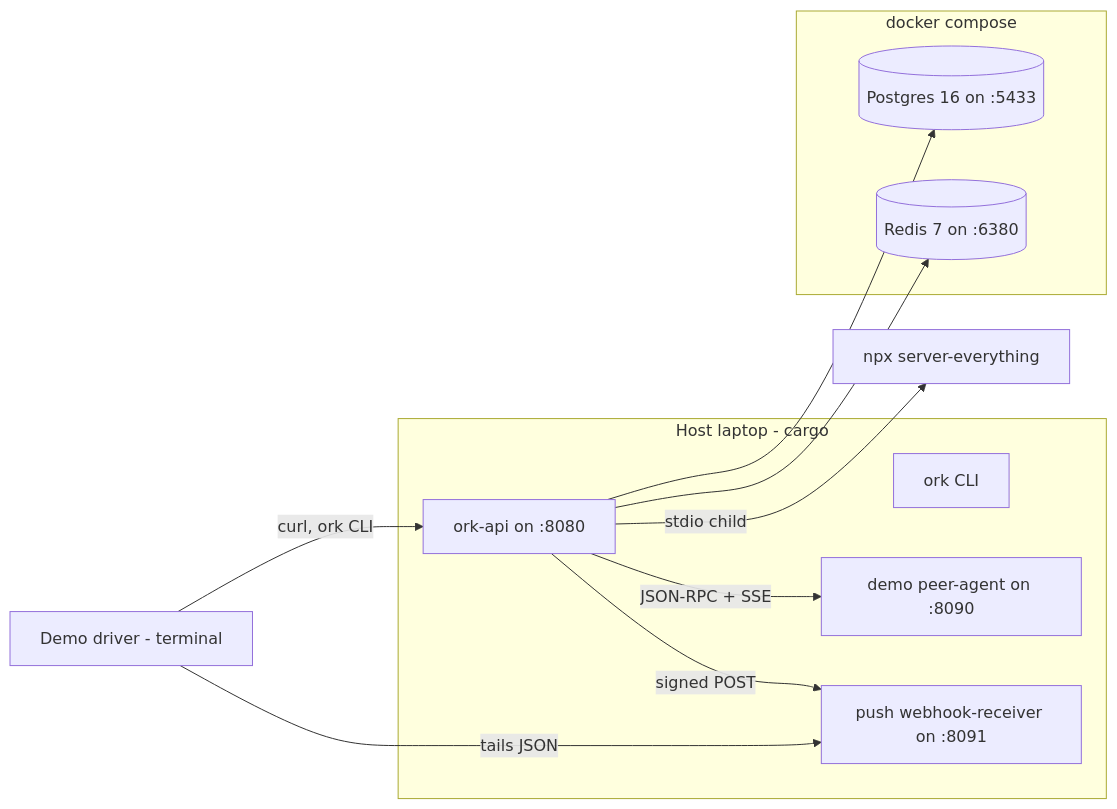
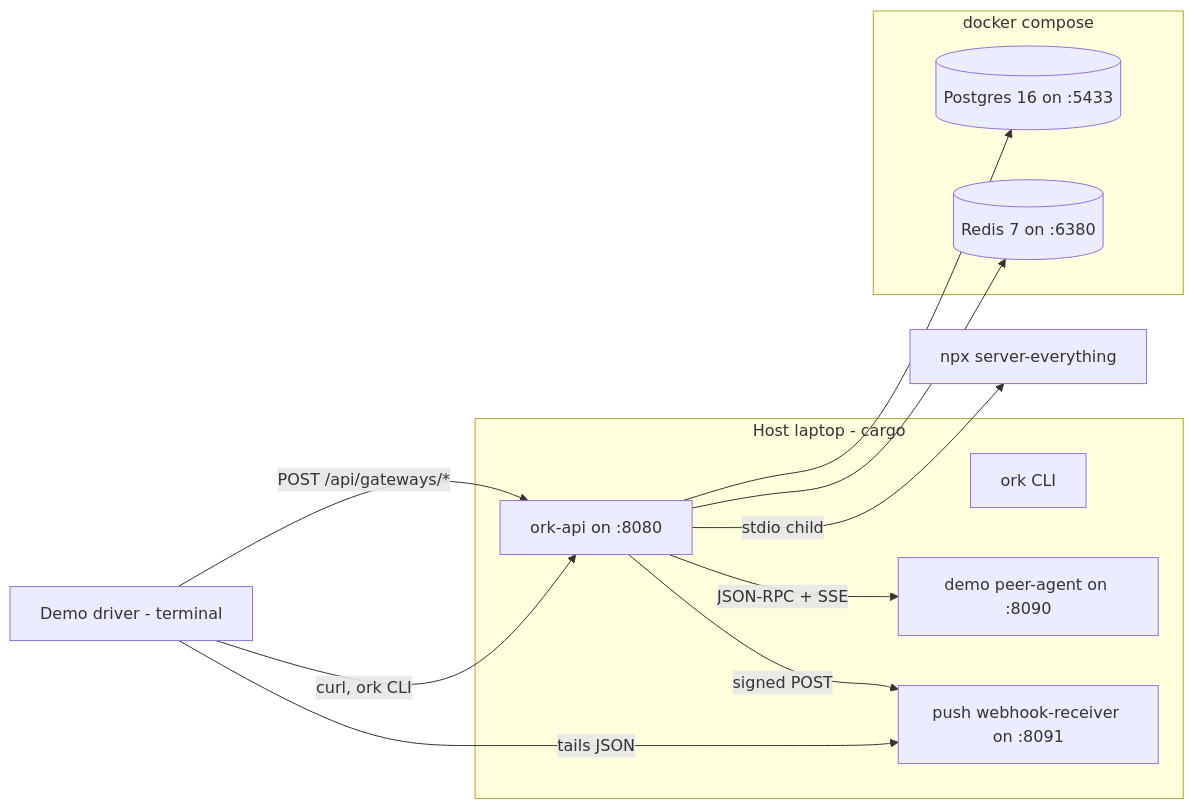
The diagram in demo/README.md (profencer/ork), drawn with Mermaid before and after one commit. The commit also changed other lines of this file and 34 other files, not shown here.

````diff
--- a/demo/README.md
+++ b/demo/README.md
@@ -54,20 +56,21 @@
 ```mermaid
 flowchart LR
   subgraph host[Host laptop - cargo]
     orkApi[ork-api on :8080]
     orkCli[ork CLI]
     peer[demo peer-agent on :8090]
     receiver[push webhook-receiver on :8091]
   end
   subgraph compose[docker compose]
     pg[(Postgres 16 on :5433)]
     redis[(Redis 7 on :6380)]
   end
   user[Demo driver - terminal] -->|curl, ork CLI| orkApi
   user -->|tails JSON| receiver
   orkApi --> pg
   orkApi --> redis
   orkApi -->|stdio child| mcp[npx server-everything]
   orkApi -->|JSON-RPC + SSE| peer
   orkApi -->|signed POST| receiver
+  user -->|POST /api/gateways/*| orkApi
 ```
````
